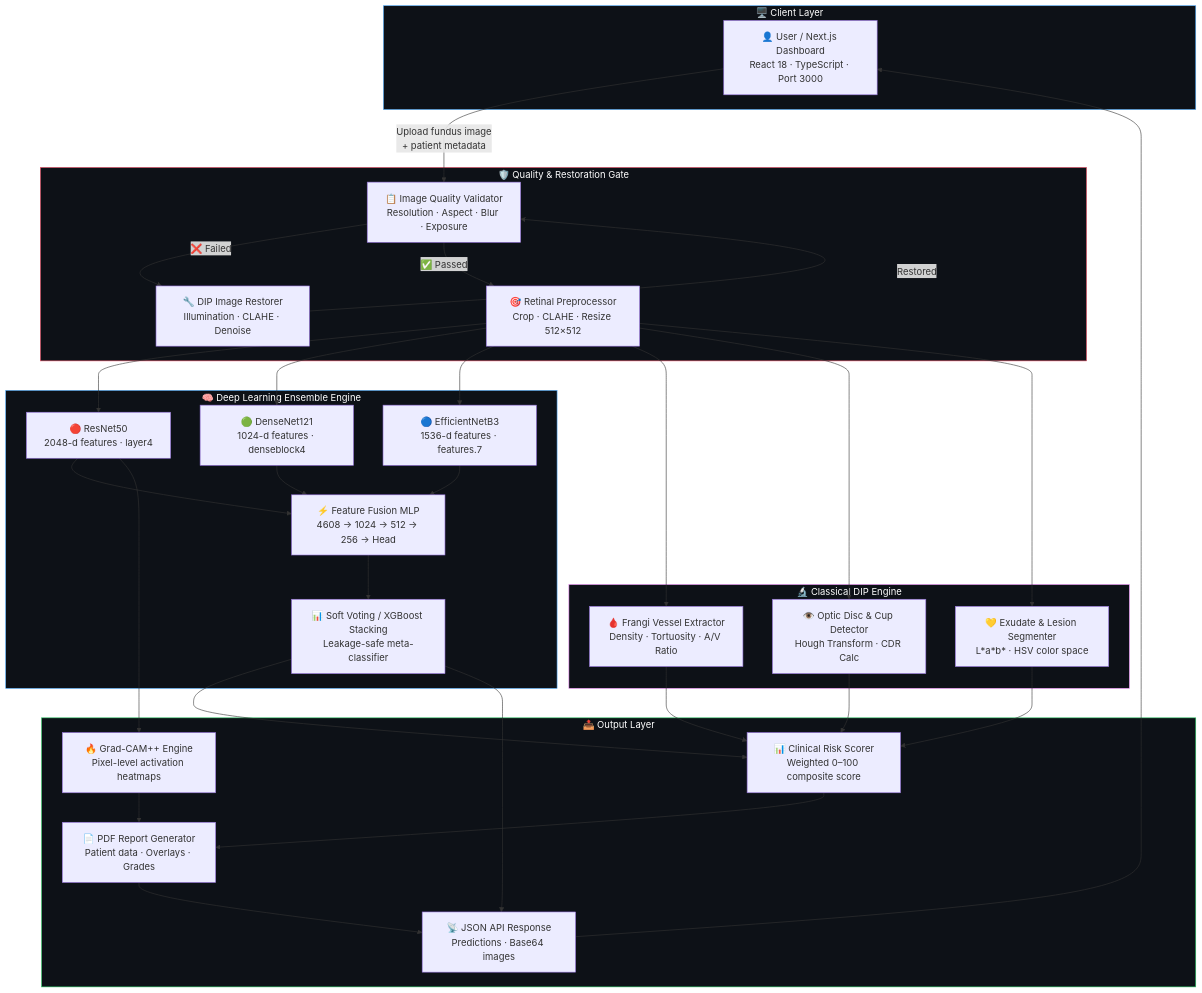
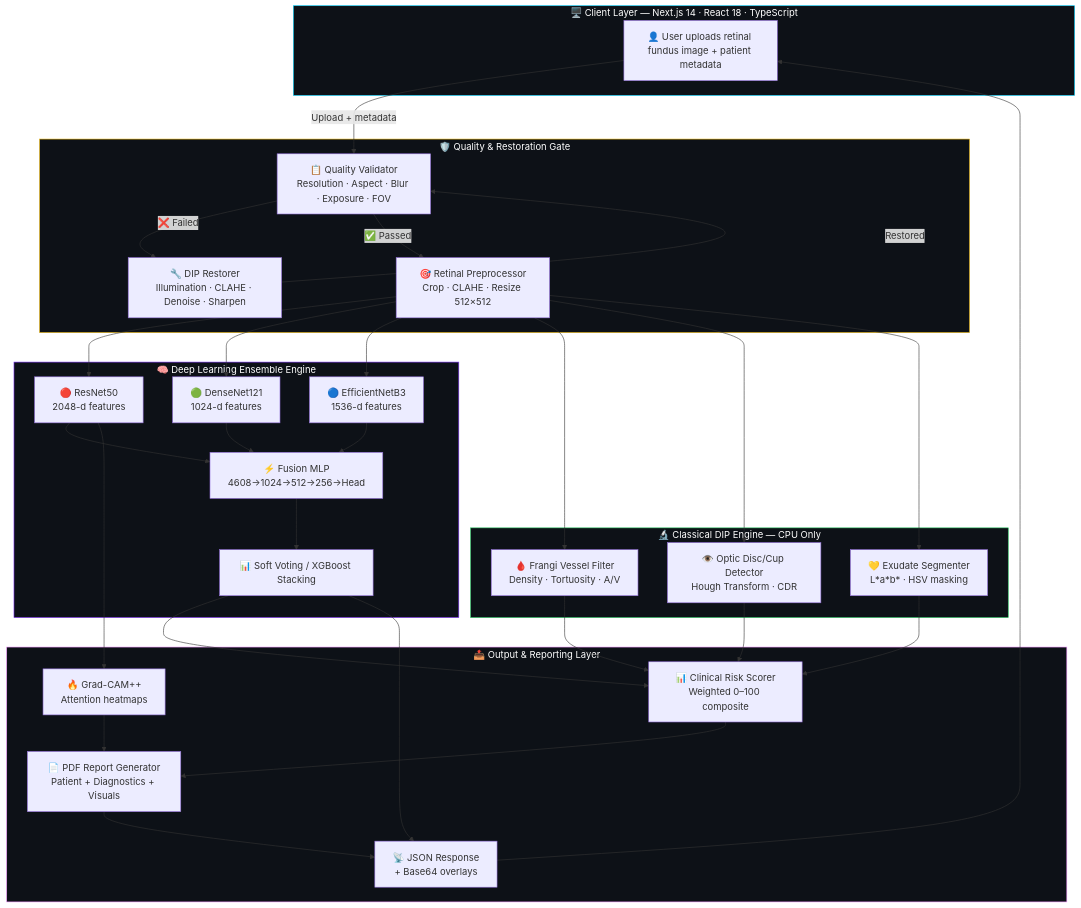
Before and after one commit to Jawahar08/RetinaGuard: the first of 2 diagrams in README.md, drawn with Mermaid. The commit also changed other lines of this file, not shown here.

Commit message:
docs: ultimate jaw-dropping README with 12+ animated SVGs, neural network viz, DIP pipeline, risk gauge, dashboard mockup, and Grad-CAM animation

````diff
--- a/README.md
+++ b/README.md
@@ -179,56 +333,51 @@
 ```mermaid
 graph TD
-    subgraph CLIENT ["🖥️ Client Layer"]
-        A["👤 User / Next.js Dashboard<br/>React 18 · TypeScript · Port 3000"]
+    subgraph CLIENT ["🖥️ Client Layer — Next.js 14 · React 18 · TypeScript"]
+        A["👤 User uploads retinal fundus image + patient metadata"]
     end
 
     subgraph GATEWAY ["🛡️ Quality & Restoration Gate"]
-        B["📋 Image Quality Validator<br/>Resolution · Aspect · Blur · Exposure"]
-        C["🔧 DIP Image Restorer<br/>Illumination · CLAHE · Denoise"]
+        B["📋 Quality Validator<br/>Resolution · Aspect · Blur · Exposure · FOV"]
+        C["🔧 DIP Restorer<br/>Illumination · CLAHE · Denoise · Sharpen"]
         D["🎯 Retinal Preprocessor<br/>Crop · CLAHE · Resize 512×512"]
     end
 
     subgraph DL_ENGINE ["🧠 Deep Learning Ensemble Engine"]
-        E1["🔴 ResNet50<br/>2048-d features · layer4"]
-        E2["🟢 DenseNet121<br/>1024-d features · denseblock4"]
-        E3["🔵 EfficientNetB3<br/>1536-d features · features.7"]
-        F["⚡ Feature Fusion MLP<br/>4608 → 1024 → 512 → 256 → Head"]
-        G["📊 Soft Voting / XGBoost Stacking<br/>Leakage-safe meta-classifier"]
+        E1["🔴 ResNet50<br/>2048-d features"]
+        E2["🟢 DenseNet121<br/>1024-d features"]
+        E3["🔵 EfficientNetB3<br/>1536-d features"]
+        F["⚡ Fusion MLP<br/>4608→1024→512→256→Head"]
+        G["📊 Soft Voting / XGBoost Stacking"]
     end
 
-    subgraph DIP_ENGINE ["🔬 Classical DIP Engine"]
-        H1["🩸 Frangi Vessel Extractor<br/>Density · Tortuosity · A/V Ratio"]
-        H2["👁️ Optic Disc & Cup Detector<br/>Hough Transform · CDR Calc"]
-        H3["💛 Exudate & Lesion Segmenter<br/>L*a*b* · HSV color space"]
+    subgraph DIP_ENGINE ["🔬 Classical DIP Engine — CPU Only"]
+        H1["🩸 Frangi Vessel Filter<br/>Density · Tortuosity · A/V"]
+        H2["👁️ Optic Disc/Cup Detector<br/>Hough Transform · CDR"]
+        H3["💛 Exudate Segmenter<br/>L*a*b* · HSV masking"]
     end
 
-    subgraph OUTPUT ["📤 Output Layer"]
-        I["🔥 Grad-CAM++ Engine<br/>Pixel-level activation heatmaps"]
-        J["📊 Clinical Risk Scorer<br/>Weighted 0–100 composite score"]
-        K["📄 PDF Report Generator<br/>Patient data · Overlays · Grades"]
-        L["📡 JSON API Response<br/>Predictions · Base64 images"]
+    subgraph OUTPUT ["📤 Output & Reporting Layer"]
+        I["🔥 Grad-CAM++<br/>Attention heatmaps"]
+        J["📊 Clinical Risk Scorer<br/>Weighted 0–100 composite"]
+        K["📄 PDF Report Generator<br/>Patient + Diagnostics + Visuals"]
+        L["📡 JSON Response<br/>+ Base64 overlays"]
     end
 
-    A -->|"Upload fundus image<br/>+ patient metadata"| B
-    B -->|"❌ Failed"| C
-    C -->|"Restored"| B
+    A -->|"Upload + metadata"| B
+    B -->|"❌ Failed"| C -->|"Restored"| B
     B -->|"✅ Passed"| D
     D --> E1 & E2 & E3
     D --> H1 & H2 & H3
-    E1 & E2 & E3 --> F
-    F --> G
+    E1 & E2 & E3 --> F --> G
     E1 --> I
     H1 & H2 & H3 --> J
-    G --> J
-    G --> L
+    G --> J & L
     I --> K
-    J --> K
-    K --> L
-    L --> A
+    J --> K --> L --> A
 
-    style CLIENT fill:#0d1117,stroke:#4facfe,color:#fff
-    style GATEWAY fill:#0d1117,stroke:#f5576c,color:#fff
-    style DL_ENGINE fill:#0d1117,stroke:#4facfe,color:#fff
-    style DIP_ENGINE fill:#0d1117,stroke:#f093fb,color:#fff
-    style OUTPUT fill:#0d1117,stroke:#22c55e,color:#fff
+    style CLIENT fill:#0d1117,stroke:#00d2ff,color:#fff
+    style GATEWAY fill:#0d1117,stroke:#eab308,color:#fff
+    style DL_ENGINE fill:#0d1117,stroke:#7b2ff7,color:#fff
+    style DIP_ENGINE fill:#0d1117,stroke:#22c55e,color:#fff
+    style OUTPUT fill:#0d1117,stroke:#f093fb,color:#fff
 ```
````
